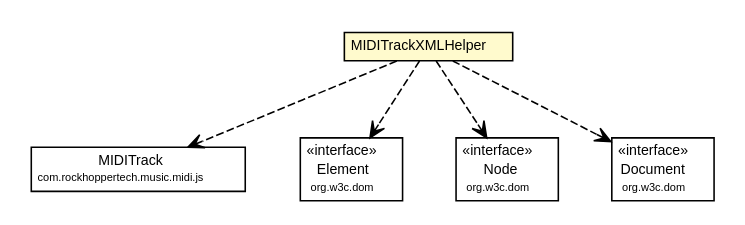
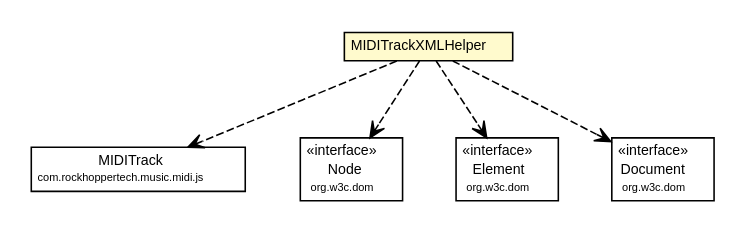
The diagram in apidocs/com/rockhoppertech/music/midi/js/xml/MIDITrackXMLHelper.dot (genedelisa/rockymusic), drawn with Graphviz before and after one commit. The commit also changed 517 other files, not shown here.

```diff
--- a/apidocs/com/rockhoppertech/music/midi/js/xml/MIDITrackXMLHelper.dot
+++ b/apidocs/com/rockhoppertech/music/midi/js/xml/MIDITrackXMLHelper.dot
@@ -1,57 +1,57 @@
 #!/usr/local/bin/dot
 #
 # Class diagram 
 # Generated by UMLGraph version R5_6-24-gf6e263 (http://www.umlgraph.org/)
 #
 
 digraph G {
 	edge [fontname="Helvetica",fontsize=10,labelfontname="Helvetica",labelfontsize=10];
 	node [fontname="Helvetica",fontsize=10,shape=plaintext];
 	nodesep=0.25;
 	ranksep=0.5;
 	// com.rockhoppertech.music.midi.js.MIDITrack
 	c6968 [label=<<table title="com.rockhoppertech.music.midi.js.MIDITrack" border="0" cellborder="1" cellspacing="0" cellpadding="2" port="p" href="../MIDITrack.html">
 		<tr><td><table border="0" cellspacing="0" cellpadding="1">
 <tr><td align="center" balign="center"> MIDITrack </td></tr>
 <tr><td align="center" balign="center"><font point-size="7.0"> com.rockhoppertech.music.midi.js </font></td></tr>
 		</table></td></tr>
 		</table>>, URL="../MIDITrack.html", fontname="Helvetica", fontcolor="black", fontsize=9.0];
 	// com.rockhoppertech.music.midi.js.xml.MIDITrackXMLHelper
 	c6980 [label=<<table title="com.rockhoppertech.music.midi.js.xml.MIDITrackXMLHelper" border="0" cellborder="1" cellspacing="0" cellpadding="2" port="p" bgcolor="lemonChiffon" href="./MIDITrackXMLHelper.html">
 		<tr><td><table border="0" cellspacing="0" cellpadding="1">
 <tr><td align="center" balign="center"> MIDITrackXMLHelper </td></tr>
 		</table></td></tr>
 		</table>>, URL="./MIDITrackXMLHelper.html", fontname="Helvetica", fontcolor="black", fontsize=9.0];
+	// com.rockhoppertech.music.midi.js.xml.MIDITrackXMLHelper DEPEND org.w3c.dom.Node
+	c6980:p -> c7030:p [taillabel="", label="", headlabel="", fontname="Helvetica", fontcolor="black", fontsize=10.0, color="black", arrowhead=open, style=dashed];
 	// com.rockhoppertech.music.midi.js.xml.MIDITrackXMLHelper DEPEND org.w3c.dom.Element
-	c6980:p -> c7030:p [taillabel="", label="", headlabel="", fontname="Helvetica", fontcolor="black", fontsize=10.0, color="black", arrowhead=open, style=dashed];
+	c6980:p -> c7031:p [taillabel="", label="", headlabel="", fontname="Helvetica", fontcolor="black", fontsize=10.0, color="black", arrowhead=open, style=dashed];
 	// com.rockhoppertech.music.midi.js.xml.MIDITrackXMLHelper DEPEND com.rockhoppertech.music.midi.js.MIDITrack
 	c6980:p -> c6968:p [taillabel="", label="", headlabel="", fontname="Helvetica", fontcolor="black", fontsize=10.0, color="black", arrowhead=open, style=dashed];
-	// com.rockhoppertech.music.midi.js.xml.MIDITrackXMLHelper DEPEND org.w3c.dom.Node
-	c6980:p -> c7031:p [taillabel="", label="", headlabel="", fontname="Helvetica", fontcolor="black", fontsize=10.0, color="black", arrowhead=open, style=dashed];
 	// com.rockhoppertech.music.midi.js.xml.MIDITrackXMLHelper DEPEND org.w3c.dom.Document
 	c6980:p -> c7032:p [taillabel="", label="", headlabel="", fontname="Helvetica", fontcolor="black", fontsize=10.0, color="black", arrowhead=open, style=dashed];
 	// org.w3c.dom.Element
-	c7030 [label=<<table title="org.w3c.dom.Element" border="0" cellborder="1" cellspacing="0" cellpadding="2" port="p" href="http://docs.oracle.com/javase/7/docs/api/org/w3c/dom/Element.html">
+	c7031 [label=<<table title="org.w3c.dom.Element" border="0" cellborder="1" cellspacing="0" cellpadding="2" port="p" href="http://docs.oracle.com/javase/7/docs/api/org/w3c/dom/Element.html">
 		<tr><td><table border="0" cellspacing="0" cellpadding="1">
 <tr><td align="center" balign="center"> &#171;interface&#187; </td></tr>
 <tr><td align="center" balign="center"> Element </td></tr>
 <tr><td align="center" balign="center"><font point-size="7.0"> org.w3c.dom </font></td></tr>
 		</table></td></tr>
 		</table>>, URL="http://docs.oracle.com/javase/7/docs/api/org/w3c/dom/Element.html", fontname="Helvetica", fontcolor="black", fontsize=9.0];
 	// org.w3c.dom.Document
 	c7032 [label=<<table title="org.w3c.dom.Document" border="0" cellborder="1" cellspacing="0" cellpadding="2" port="p" href="http://docs.oracle.com/javase/7/docs/api/org/w3c/dom/Document.html">
 		<tr><td><table border="0" cellspacing="0" cellpadding="1">
 <tr><td align="center" balign="center"> &#171;interface&#187; </td></tr>
 <tr><td align="center" balign="center"> Document </td></tr>
 <tr><td align="center" balign="center"><font point-size="7.0"> org.w3c.dom </font></td></tr>
 		</table></td></tr>
 		</table>>, URL="http://docs.oracle.com/javase/7/docs/api/org/w3c/dom/Document.html", fontname="Helvetica", fontcolor="black", fontsize=9.0];
 	// org.w3c.dom.Node
-	c7031 [label=<<table title="org.w3c.dom.Node" border="0" cellborder="1" cellspacing="0" cellpadding="2" port="p" href="http://docs.oracle.com/javase/7/docs/api/org/w3c/dom/Node.html">
+	c7030 [label=<<table title="org.w3c.dom.Node" border="0" cellborder="1" cellspacing="0" cellpadding="2" port="p" href="http://docs.oracle.com/javase/7/docs/api/org/w3c/dom/Node.html">
 		<tr><td><table border="0" cellspacing="0" cellpadding="1">
 <tr><td align="center" balign="center"> &#171;interface&#187; </td></tr>
 <tr><td align="center" balign="center"> Node </td></tr>
 <tr><td align="center" balign="center"><font point-size="7.0"> org.w3c.dom </font></td></tr>
 		</table></td></tr>
 		</table>>, URL="http://docs.oracle.com/javase/7/docs/api/org/w3c/dom/Node.html", fontname="Helvetica", fontcolor="black", fontsize=9.0];
 }
```
